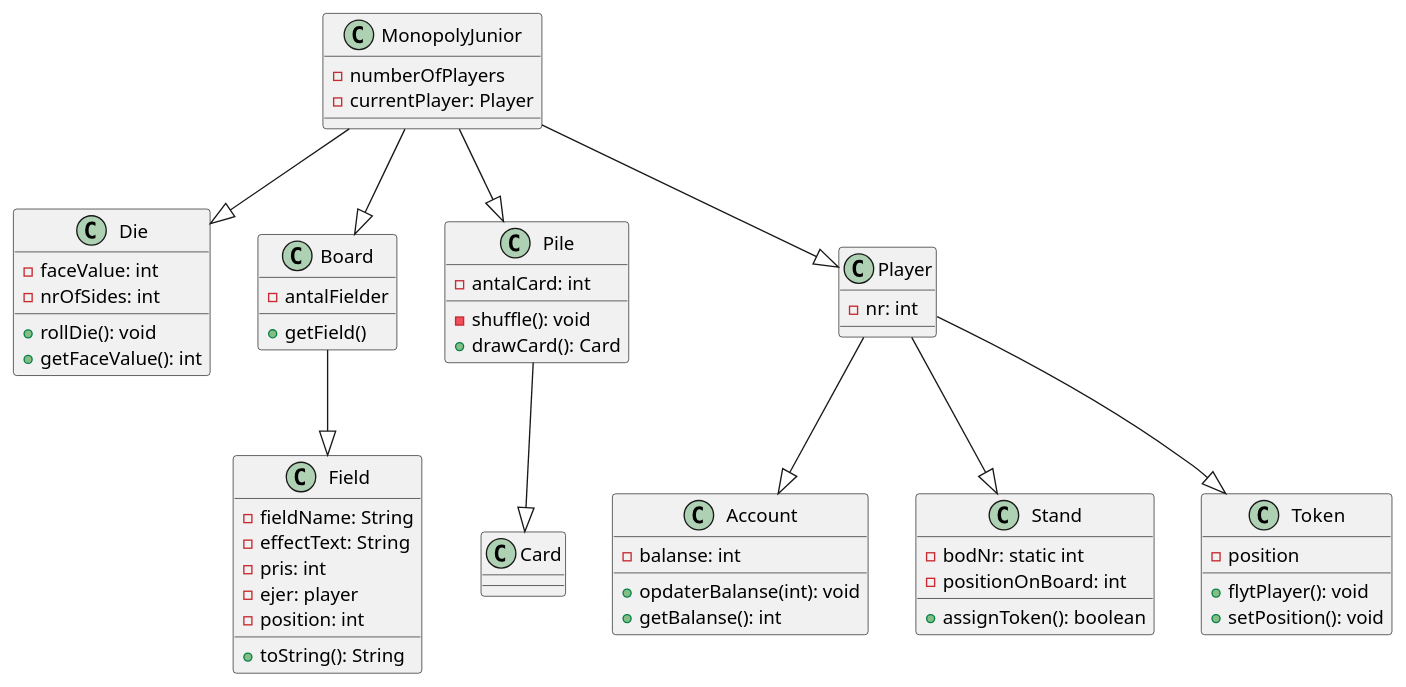
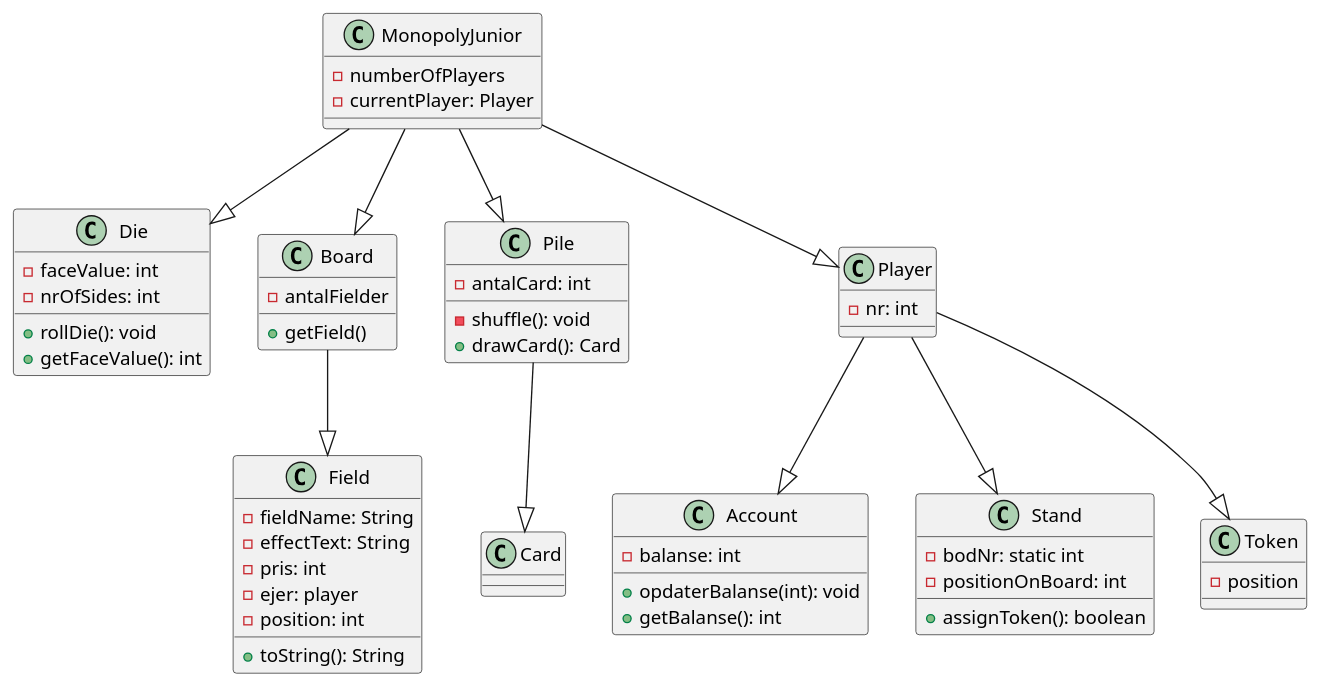
Before and after one commit to Greve2001/CDIO3: the diagram in diagrams/Design klasse diagram.puml, drawn with PlantUML. The commit also changed 3 other files, not shown here.

```diff
--- a/diagrams/Design klasse diagram.puml
+++ b/diagrams/Design klasse diagram.puml
@@ -1,92 +1,90 @@
 @startuml
 'https://plantuml.com/class-diagram
 
 class "MonopolyJunior" as Game
 class Die
 class Board
 class Field
 class Pile
 class Card
 class Player
 class Account
 class Stand
 class Token
 
 Game --|> Die
 Game --|> Pile
 Game --|> Player
 Game --|> Board
 Board --|> Field
 Player --|> Stand
 Player --|> Account
 Player --|> Token
 Pile --|> Card
 
 class Game {
     -numberOfPlayers
     -currentPlayer: Player
 }
 
 class Die {
     -faceValue: int
     -nrOfSides: int
     +rollDie(): void
     +getFaceValue(): int
 }
 
 class Board {
     -antalFielder
     +getField()
 }
 
 class Field {
     -fieldName: String
     -effectText: String
     -pris: int
     -ejer: player
     -position: int
 
     +toString(): String
 
 }
 
 class Card {
 
 }
 
 'opdaterBalanse() er lavet som boolean, for at kunne returnere hvis en Player går bankerot'
 class Account {
     -balanse: int
     +opdaterBalanse(int): void
     +getBalanse(): int
 }
 
 class Pile {
     -antalCard: int
     -shuffle(): void
     +drawCard(): Card
 
 }
 
 class Player {
     -nr: int
 }
 
 class Token {
     -position
-    +flytPlayer(): void
-    +setPosition(): void
 }
 
 'assignToken er lavet som boolean return i tilfælde af at der ikke er flere tokens'
 class Stand {
     -bodNr: static int
     -positionOnBoard: int
     +assignToken(): boolean
 }
 
 
 
 
 
 @enduml
```
